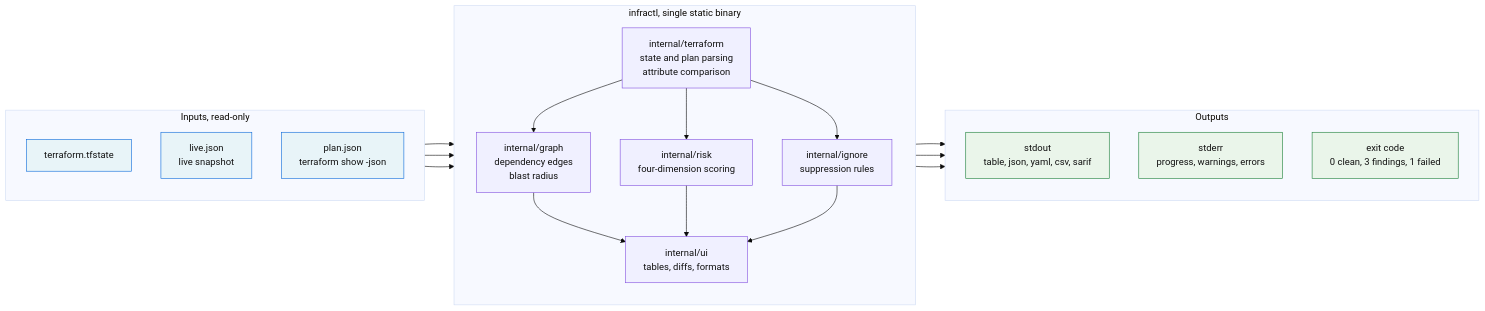
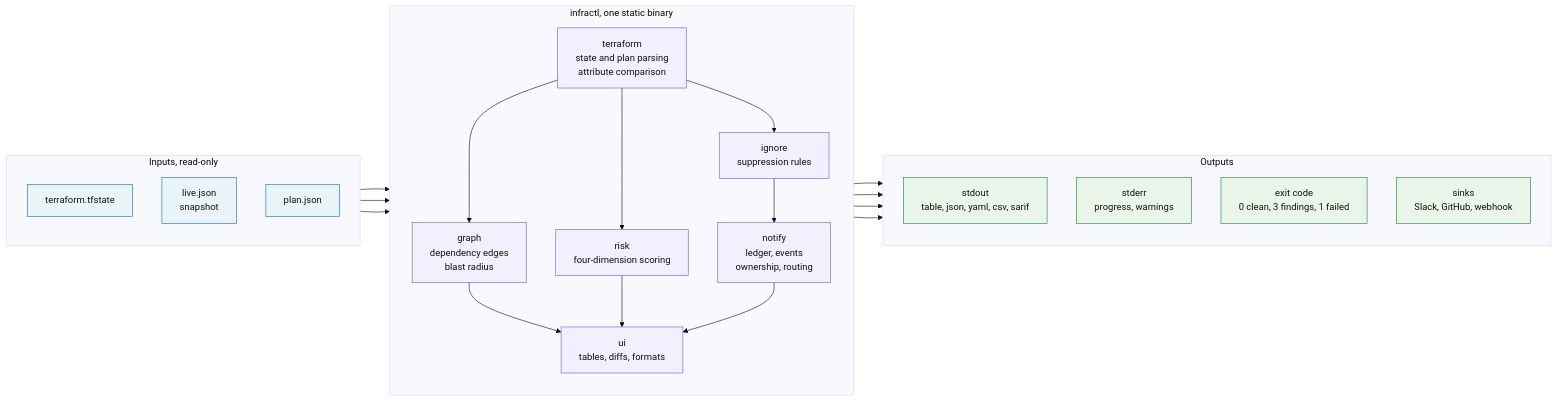
One commit to Ashutosh0x/infra-control changed the first of 2 diagrams in README.md. Above: the diagram before and after it, drawn with Mermaid (base theme). The commit also changed other lines of this file and 2 other files, not shown here.

````diff
--- a/README.md
+++ b/README.md
@@ -506,46 +581,50 @@
 ```mermaid
 flowchart LR
     subgraph inputs["Inputs, read-only"]
         direction TB
         stateFile["terraform.tfstate"]
-        liveFile["live.json<br/>live snapshot"]
-        planFile["plan.json<br/>terraform show -json"]
+        liveFile["live.json<br/>snapshot"]
+        planFile["plan.json"]
     end
 
-    subgraph binary["infractl, single static binary"]
+    subgraph binary["infractl, one static binary"]
         direction TB
-        tfPkg["internal/terraform<br/>state and plan parsing<br/>attribute comparison"]
-        graphPkg["internal/graph<br/>dependency edges<br/>blast radius"]
-        riskPkg["internal/risk<br/>four-dimension scoring"]
-        ignorePkg["internal/ignore<br/>suppression rules"]
-        uiPkg["internal/ui<br/>tables, diffs, formats"]
+        tfPkg["terraform<br/>state and plan parsing<br/>attribute comparison"]
+        graphPkg["graph<br/>dependency edges<br/>blast radius"]
+        riskPkg["risk<br/>four-dimension scoring"]
+        ignorePkg["ignore<br/>suppression rules"]
+        notifyPkg["notify<br/>ledger, events<br/>ownership, routing"]
+        uiPkg["ui<br/>tables, diffs, formats"]
 
         tfPkg --> graphPkg
         tfPkg --> riskPkg
         tfPkg --> ignorePkg
+        ignorePkg --> notifyPkg
         graphPkg --> uiPkg
         riskPkg --> uiPkg
-        ignorePkg --> uiPkg
+        notifyPkg --> uiPkg
     end
 
     subgraph outputs["Outputs"]
         direction TB
         outStream["stdout<br/>table, json, yaml, csv, sarif"]
-        errStream["stderr<br/>progress, warnings, errors"]
+        errStream["stderr<br/>progress, warnings"]
         exitCode["exit code<br/>0 clean, 3 findings, 1 failed"]
+        sinks["sinks<br/>Slack, GitHub, webhook"]
     end
 
     stateFile --> tfPkg
     liveFile --> tfPkg
     planFile --> tfPkg
     uiPkg --> outStream
     uiPkg --> errStream
     uiPkg --> exitCode
+    notifyPkg --> sinks
 
     classDef inputNode fill:#e8f4f8,stroke:#0969da,color:#111
     classDef coreNode fill:#f0f0ff,stroke:#8250df,color:#111
     classDef outputNode fill:#eaf5ea,stroke:#1a7f37,color:#111
     class stateFile,liveFile,planFile inputNode
-    class tfPkg,graphPkg,riskPkg,ignorePkg,uiPkg coreNode
-    class outStream,errStream,exitCode outputNode
+    class tfPkg,graphPkg,riskPkg,ignorePkg,notifyPkg,uiPkg coreNode
+    class outStream,errStream,exitCode,sinks outputNode
 ```
````
